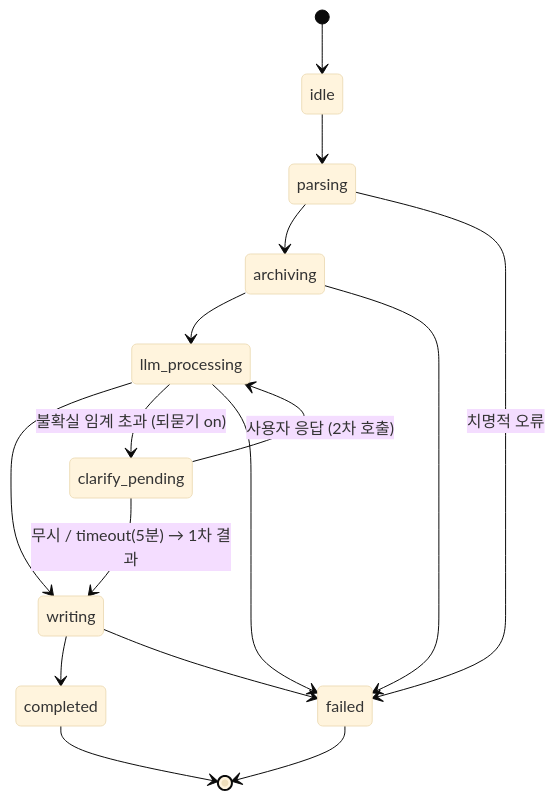
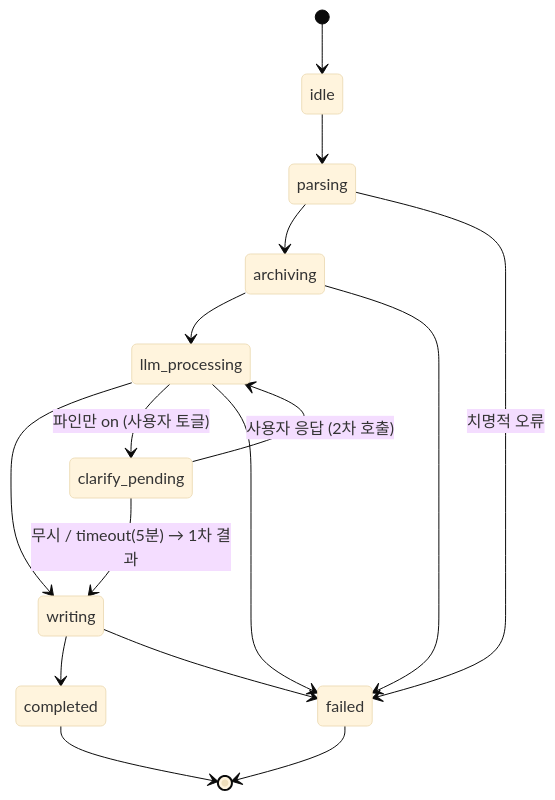
Before and after one commit to gosu1/piecepool: the diagram in docs/20-backend/import-job-states.md, drawn with Mermaid (base theme). The commit also changed other lines of this file and 36 other files, not shown here.

First line of the commit message:
docs(rename): 되묻기 → 파인만 명칭 통일 + 구식 트리거 스펙 현행화

````diff
--- a/docs/20-backend/import-job-states.md
+++ b/docs/20-backend/import-job-states.md
@@ -9,18 +9,18 @@
 ```mermaid
 stateDiagram-v2
     [*] --> idle
     idle --> parsing
     parsing --> archiving
     archiving --> llm_processing
     llm_processing --> writing
-    llm_processing --> clarify_pending: 불확실 임계 초과 (되묻기 on)
+    llm_processing --> clarify_pending: 파인만 on (사용자 토글)
     clarify_pending --> llm_processing: 사용자 응답 (2차 호출)
     clarify_pending --> writing: 무시 / timeout(5분) → 1차 결과
     writing --> completed
     parsing --> failed: 치명적 오류
     archiving --> failed
     llm_processing --> failed
     writing --> failed
     completed --> [*]
     failed --> [*]
 ```
````
